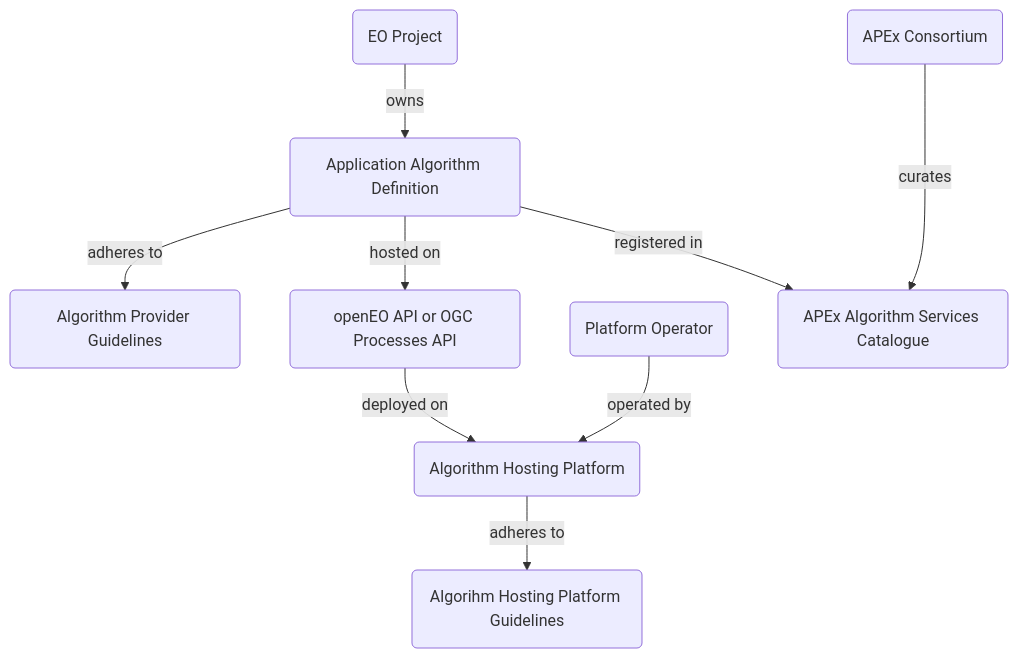
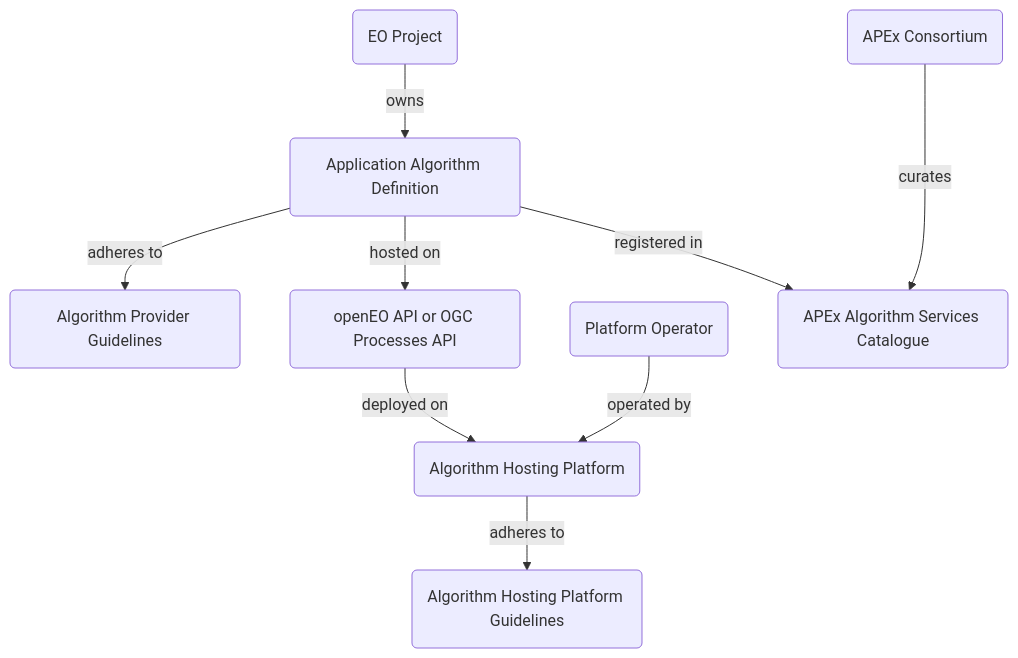
One commit to ESA-APEx/apex_documentation changed the diagram in interoperability/definitions.qmd. Above: the diagram before and after it, drawn with Mermaid. The commit also changed other lines of this file, not shown here.

Commit message:
fix: definitions.qmd spelling
- Algorithm
- composed

````diff
--- a/interoperability/definitions.qmd
+++ b/interoperability/definitions.qmd
@@ -9,23 +9,23 @@
 ```{mermaid}
 %%| label: fig-definitions
 %%| fig-cap: "Concepts and relationships."
 flowchart TD
     EO_PROJECT("EO Project")
     ALGORITHM("Application Algorithm Definition")
     ALGORITHM_GUIDELINES("Algorithm Provider Guidelines")
     OPENEO_OGC("openEO API or OGC Processes API")
     HOSTING_PLATFORM("Algorithm Hosting Platform")
     OPERATOR("Platform Operator")
-    PLATFORM_GUIDELINES("Algorihm Hosting Platform Guidelines")
+    PLATFORM_GUIDELINES("Algorithm Hosting Platform Guidelines")
     CATALOGUE("APEx Algorithm Services Catalogue")
     APEX("APEx Consortium")
 
     EO_PROJECT --> | owns | ALGORITHM
     ALGORITHM --> | adheres to | ALGORITHM_GUIDELINES
     ALGORITHM --> | hosted on | OPENEO_OGC
     OPENEO_OGC --> | deployed on | HOSTING_PLATFORM
     OPERATOR --> | operated by | HOSTING_PLATFORM
     HOSTING_PLATFORM --> | adheres to | PLATFORM_GUIDELINES
     ALGORITHM --> | registered in | CATALOGUE
     APEX ---> | curates | CATALOGUE
 ```
````
